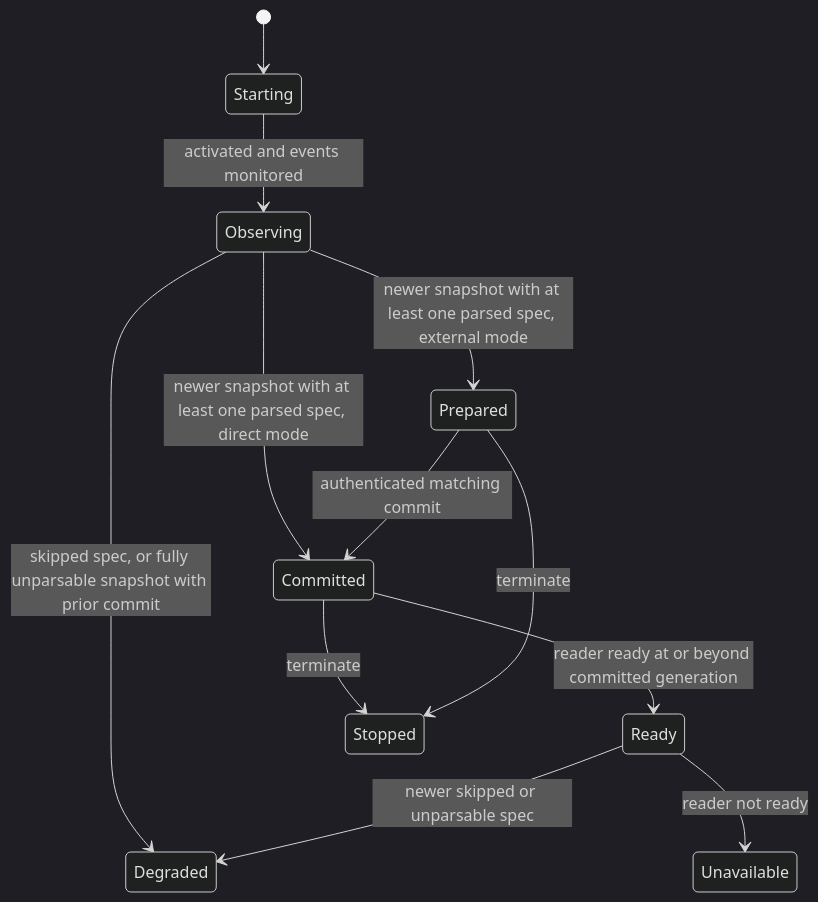
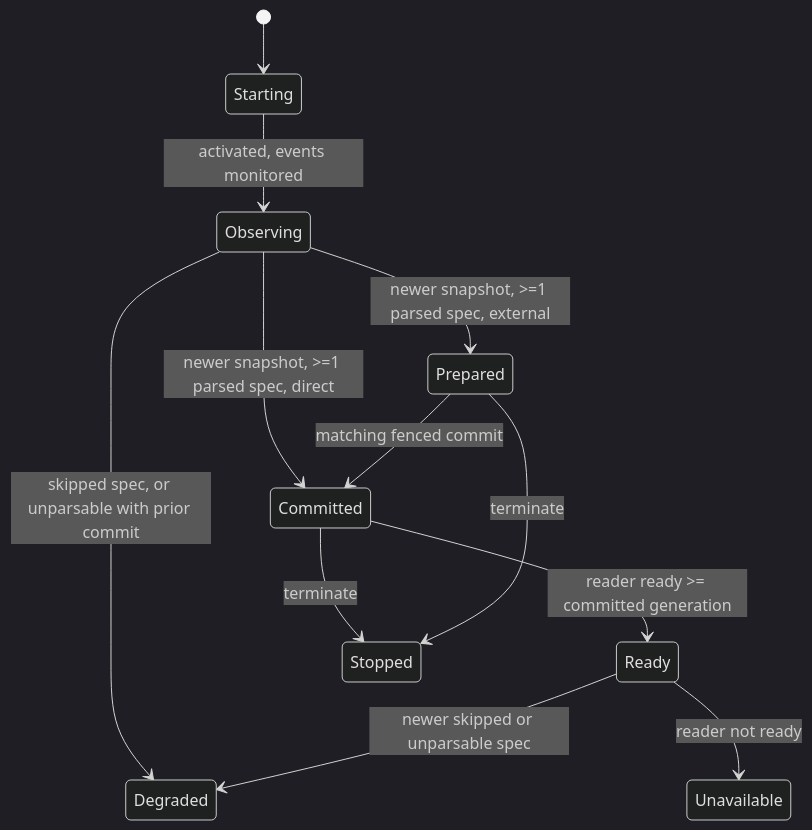
Before and after one commit to HarishHary/blink: the fourth of 4 diagrams in docs/internals/snapshot-runtime.md, drawn with Mermaid (dark theme). The commit also changed other lines of this file and 115 other files, not shown here.

````diff
--- a/docs/internals/snapshot-runtime.md
+++ b/docs/internals/snapshot-runtime.md
@@ -140,14 +147,14 @@
 ```mermaid
 stateDiagram-v2
     [*] --> Starting
-    Starting --> Observing: activated and events monitored
-    Observing --> Prepared: newer snapshot with at least one parsed spec, external mode
-    Observing --> Committed: newer snapshot with at least one parsed spec, direct mode
-    Prepared --> Committed: authenticated matching commit
-    Observing --> Degraded: skipped spec, or fully unparsable snapshot with prior commit
-    Committed --> Ready: reader ready at or beyond committed generation
+    Starting --> Observing: activated, events monitored
+    Observing --> Prepared: newer snapshot, >=1 parsed spec, external
+    Observing --> Committed: newer snapshot, >=1 parsed spec, direct
+    Prepared --> Committed: matching fenced commit
+    Observing --> Degraded: skipped spec, or unparsable with prior commit
+    Committed --> Ready: reader ready >= committed generation
     Ready --> Degraded: newer skipped or unparsable spec
     Ready --> Unavailable: reader not ready
     Committed --> Stopped: terminate
     Prepared --> Stopped: terminate
 ```
````
